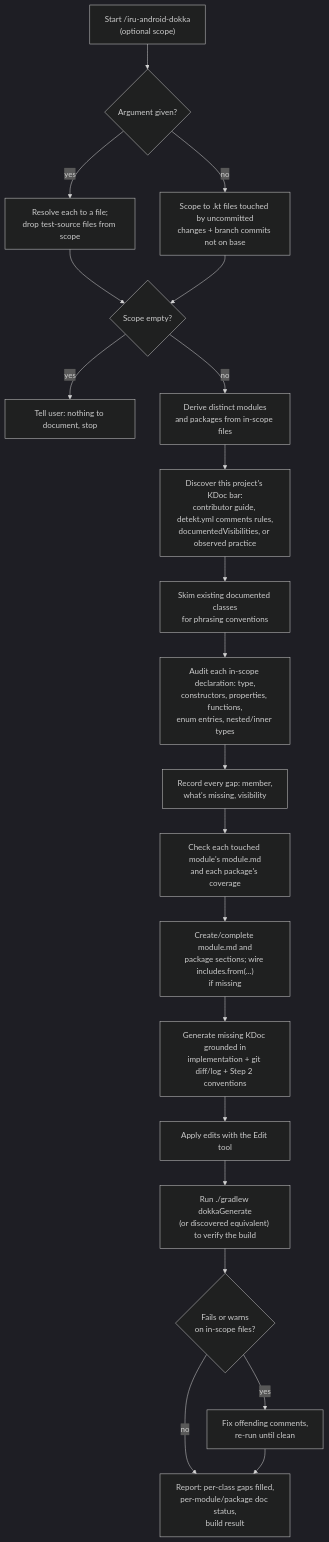
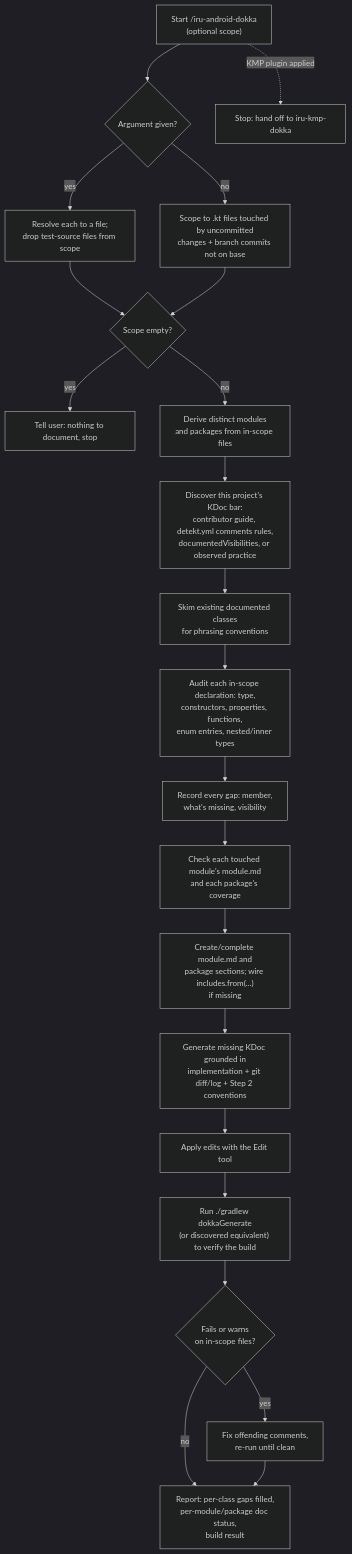
One commit to albertoirurueta/ai-catalog changed the diagram in docs/modules/ROOT/pages/skills/iru-android-dokka.adoc. Above: the diagram before and after it, drawn with Mermaid (dark theme). The commit also changed other lines of this file and 138 other files, not shown here.

```diff
--- a/docs/modules/ROOT/pages/skills/iru-android-dokka.adoc
+++ b/docs/modules/ROOT/pages/skills/iru-android-dokka.adoc
@@ -74,24 +76,25 @@
 [mermaid]
 ....
 flowchart TD
     A["Start /iru-android-dokka\n(optional scope)"] --> B{Argument given?}
+    A -. "KMP plugin applied" .-> KMP["Stop: hand off to iru-kmp-dokka"]
     B -- yes --> C["Resolve each to a file;\ndrop test-source files from scope"]
     B -- no --> D["Scope to .kt files touched by uncommitted\nchanges + branch commits not on base"]
     C --> E{Scope empty?}
     D --> E
     E -- yes --> F["Tell user: nothing to document, stop"]
     E -- no --> G["Derive distinct modules\nand packages from in-scope files"]
     G --> H["Discover this project's KDoc bar:\ncontributor guide, detekt.yml comments rules,\ndocumentedVisibilities, or observed practice"]
     H --> I["Skim existing documented classes\nfor phrasing conventions"]
     I --> J["Audit each in-scope declaration: type,\nconstructors, properties, functions,\nenum entries, nested/inner types"]
     J --> K["Record every gap: member,\nwhat's missing, visibility"]
     K --> L["Check each touched module's module.md\nand each package's coverage"]
     L --> M["Create/complete module.md and\npackage sections; wire includes.from(...)\nif missing"]
     M --> N["Generate missing KDoc grounded in\nimplementation + git diff/log + Step 2 conventions"]
     N --> O["Apply edits with the Edit tool"]
     O --> P["Run ./gradlew dokkaGenerate\n(or discovered equivalent) to verify the build"]
     P --> Q{Fails or warns\non in-scope files?}
     Q -- yes --> R["Fix offending comments,\nre-run until clean"]
     Q -- no --> S["Report: per-class gaps filled,\nper-module/package doc status,\nbuild result"]
     R --> S
 ....
```
